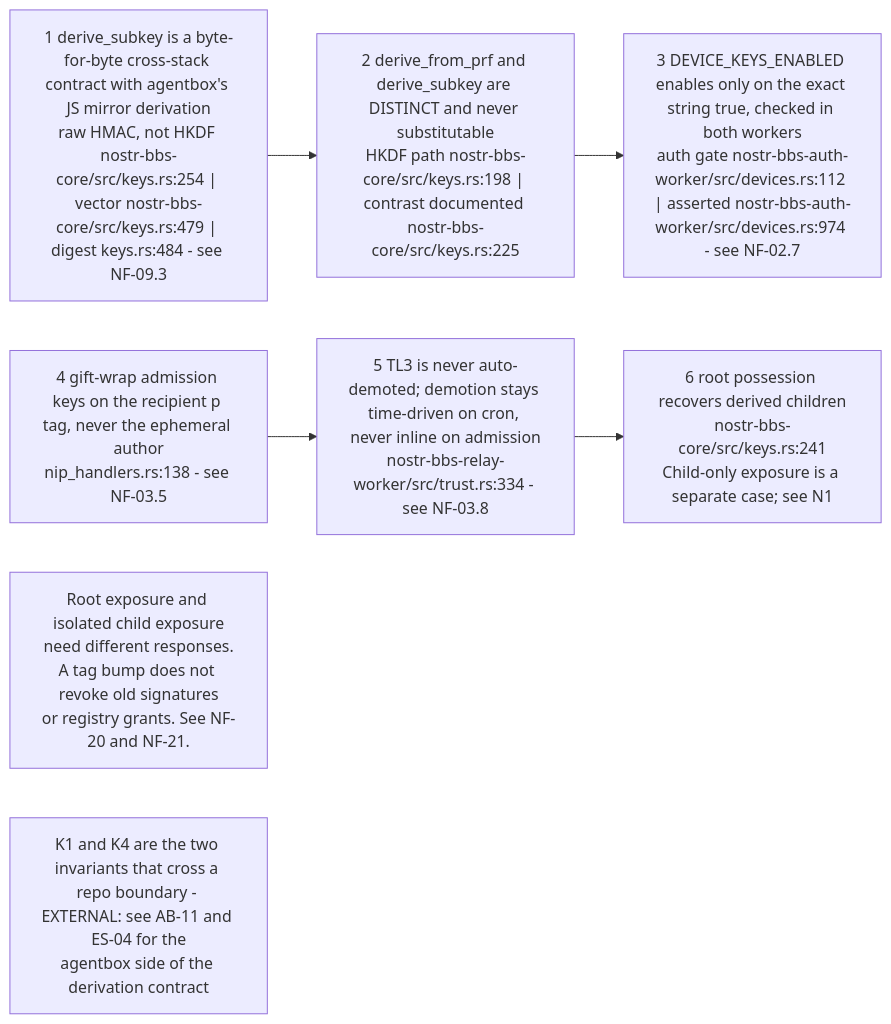
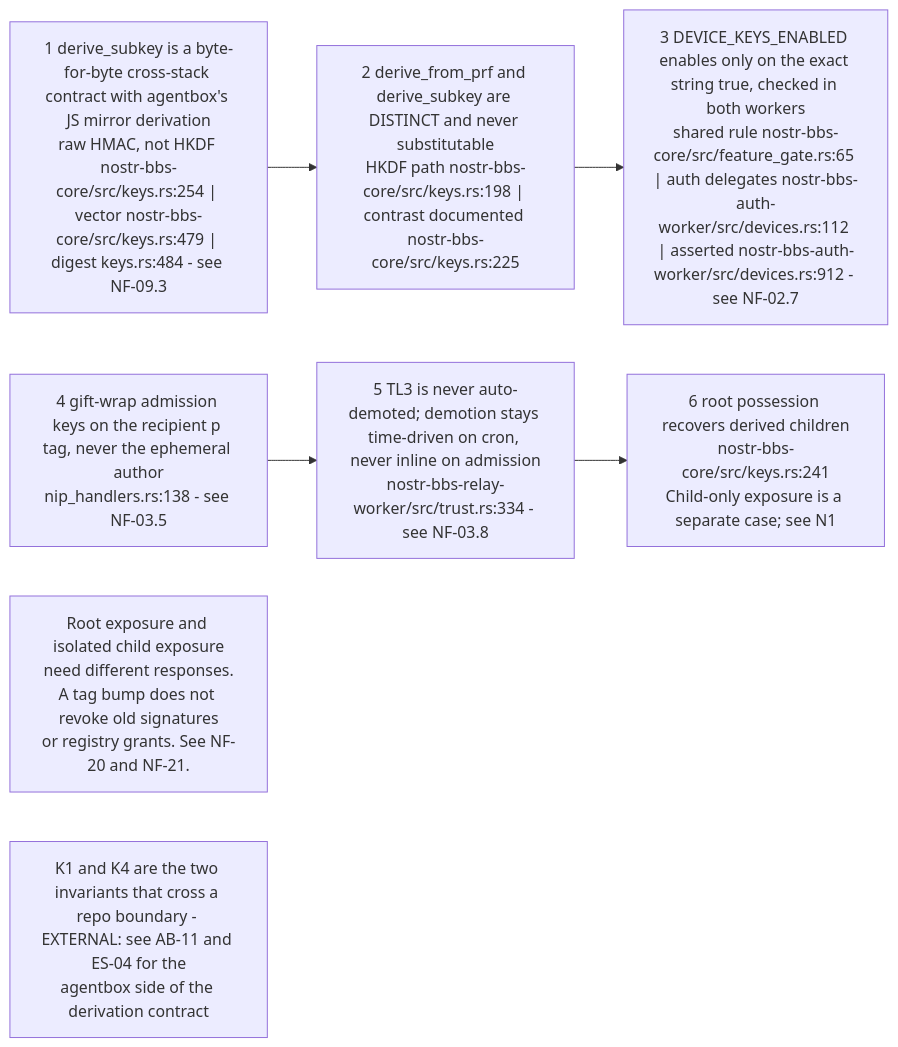
Before and after one commit to DreamLab-AI/VisionFlow: the second of 10 diagrams in docs/diagrams/nostr-rust-forum/10-invariants-and-anomaly-register.md, drawn with Mermaid. The commit also changed other lines of this file and 91 other files, not shown here.

````diff
--- a/docs/diagrams/nostr-rust-forum/10-invariants-and-anomaly-register.md
+++ b/docs/diagrams/nostr-rust-forum/10-invariants-and-anomaly-register.md
@@ -84,17 +90,17 @@
 ```mermaid
 flowchart LR
     K1["1 derive_subkey is a byte-for-byte cross-stack contract with agentbox's JS mirror derivation<br/>raw HMAC, not HKDF nostr-bbs-core/src/keys.rs:254 | vector nostr-bbs-core/src/keys.rs:479 | digest keys.rs:484 - see NF-09.3"]
     K2["2 derive_from_prf and derive_subkey are DISTINCT and never substitutable<br/>HKDF path nostr-bbs-core/src/keys.rs:198 | contrast documented nostr-bbs-core/src/keys.rs:225"]
-    K3["3 DEVICE_KEYS_ENABLED enables only on the exact string true, checked in both workers<br/>auth gate nostr-bbs-auth-worker/src/devices.rs:112 | asserted nostr-bbs-auth-worker/src/devices.rs:974 - see NF-02.7"]
+    K3["3 DEVICE_KEYS_ENABLED enables only on the exact string true, checked in both workers<br/>shared rule nostr-bbs-core/src/feature_gate.rs:65 | auth delegates nostr-bbs-auth-worker/src/devices.rs:112 | asserted nostr-bbs-auth-worker/src/devices.rs:912 - see NF-02.7"]
     K4["4 gift-wrap admission keys on the recipient p tag, never the ephemeral author<br/>nip_handlers.rs:138 - see NF-03.5"]
     K5["5 TL3 is never auto-demoted; demotion stays time-driven on cron, never inline on admission<br/>nostr-bbs-relay-worker/src/trust.rs:334 - see NF-03.8"]
     K6["6 root possession recovers derived children<br/>nostr-bbs-core/src/keys.rs:241<br/>Child-only exposure is a separate case; see N1"]
 
     K1 --> K2 --> K3
     K4 --> K5 --> K6
 
     %% Source: ../nostr-rust-forum/docs/archive/adr/ADR-100-key-lifecycle.md:78
     %% Source: ../nostr-rust-forum/docs/archive/adr/ADR-100-key-lifecycle.md:85
     N1["Root exposure and isolated child exposure<br/>need different responses.<br/>A tag bump does not revoke old signatures<br/>or registry grants. See NF-20 and NF-21."]
     N2["K1 and K4 are the two invariants that cross a repo boundary - EXTERNAL: see AB-11 and ES-04 for the<br/>agentbox side of the derivation contract"]
 ```
````
